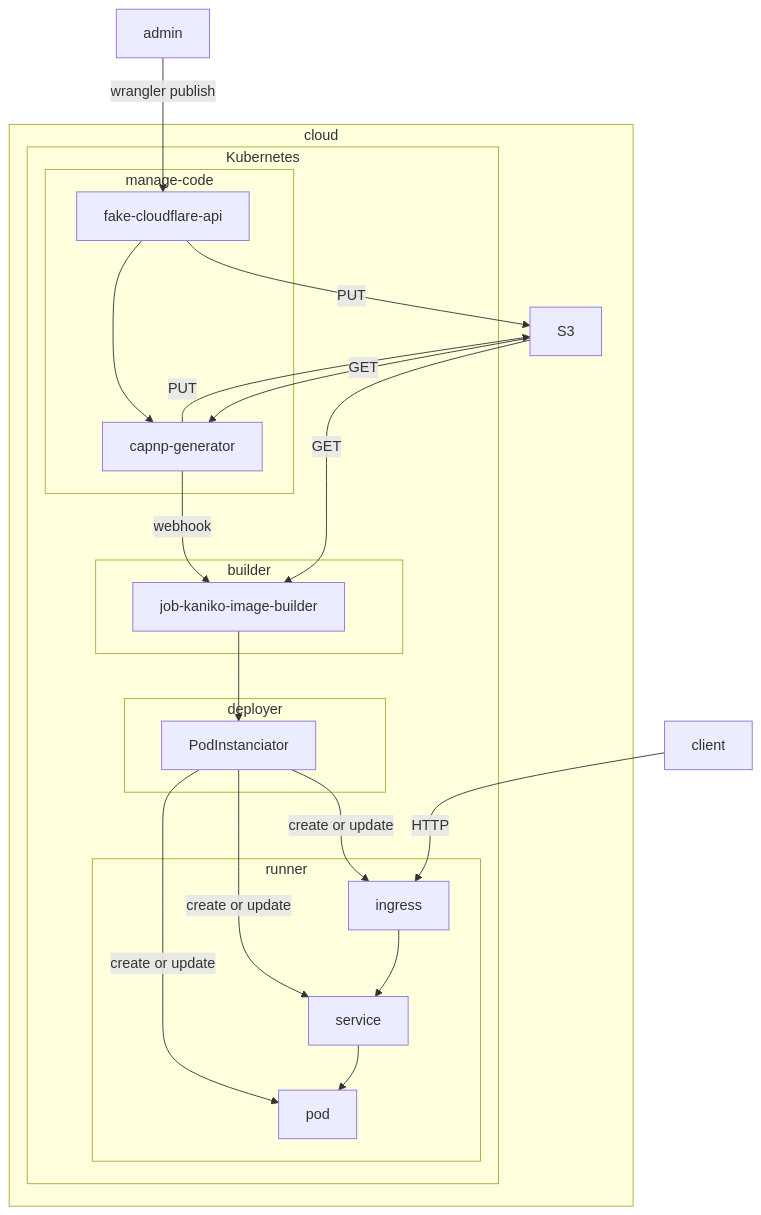
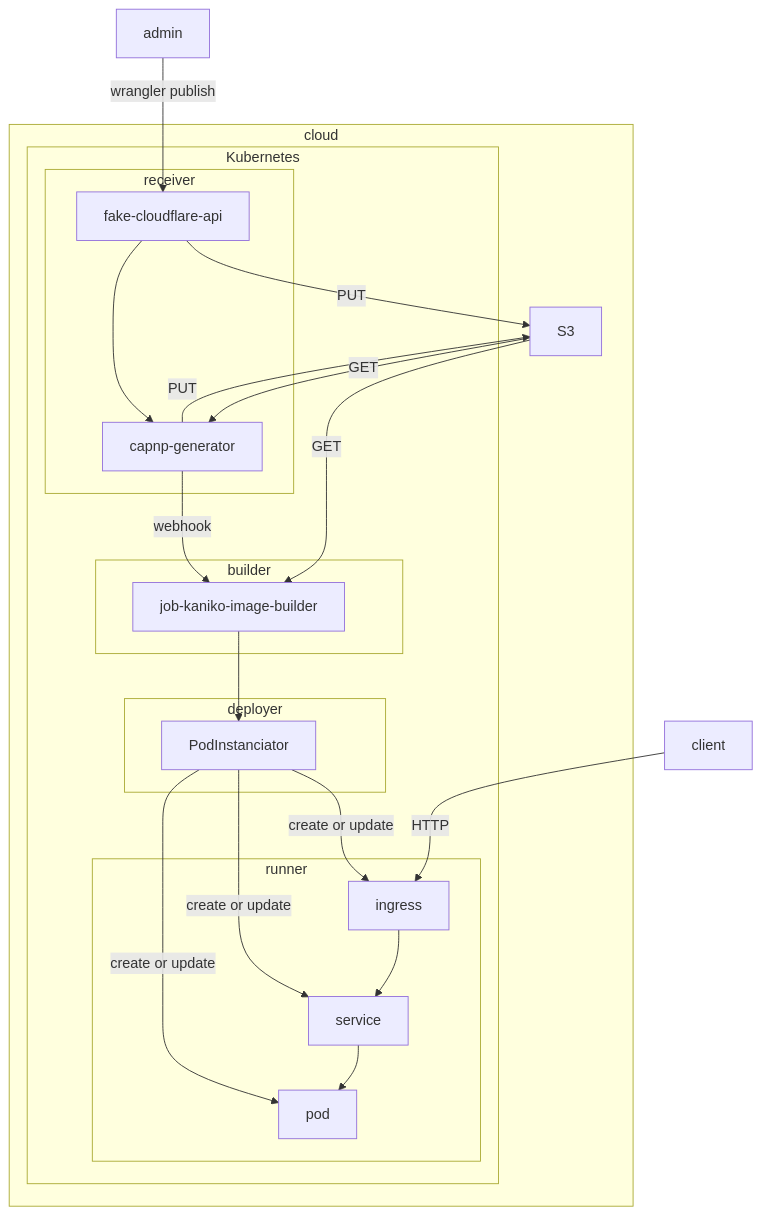
One commit to clementreiffers/worker-api changed the second of 2 diagrams in README.md. Above: the diagram before and after it, drawn with Mermaid.

````diff
--- a/README.md
+++ b/README.md
@@ -155,31 +155,31 @@
 ```mermaid
 flowchart TB
     admin --> |wrangler publish| fake-cloudflare-api
     client -->|HTTP| ingress
     subgraph cloud
         fake-cloudflare-api & capnp-generator --> |PUT| S3
         S3 --> |GET| capnp-generator & job-kaniko-image-builder
 
 
        subgraph Kubernetes
-            subgraph manage-code 
+            subgraph receiver
                 fake-cloudflare-api --> capnp-generator
             end
             
             capnp-generator --> |webhook| job-kaniko-image-builder
 
            subgraph builder
                job-kaniko-image-builder
             end
 
             job-kaniko-image-builder --> PodInstanciator
             subgraph deployer
                 PodInstanciator 
             end
             PodInstanciator -->|create or update| ingress & service & pod
             subgraph runner 
                 ingress --> service --> pod
             end
         end
     end
 ```
````
